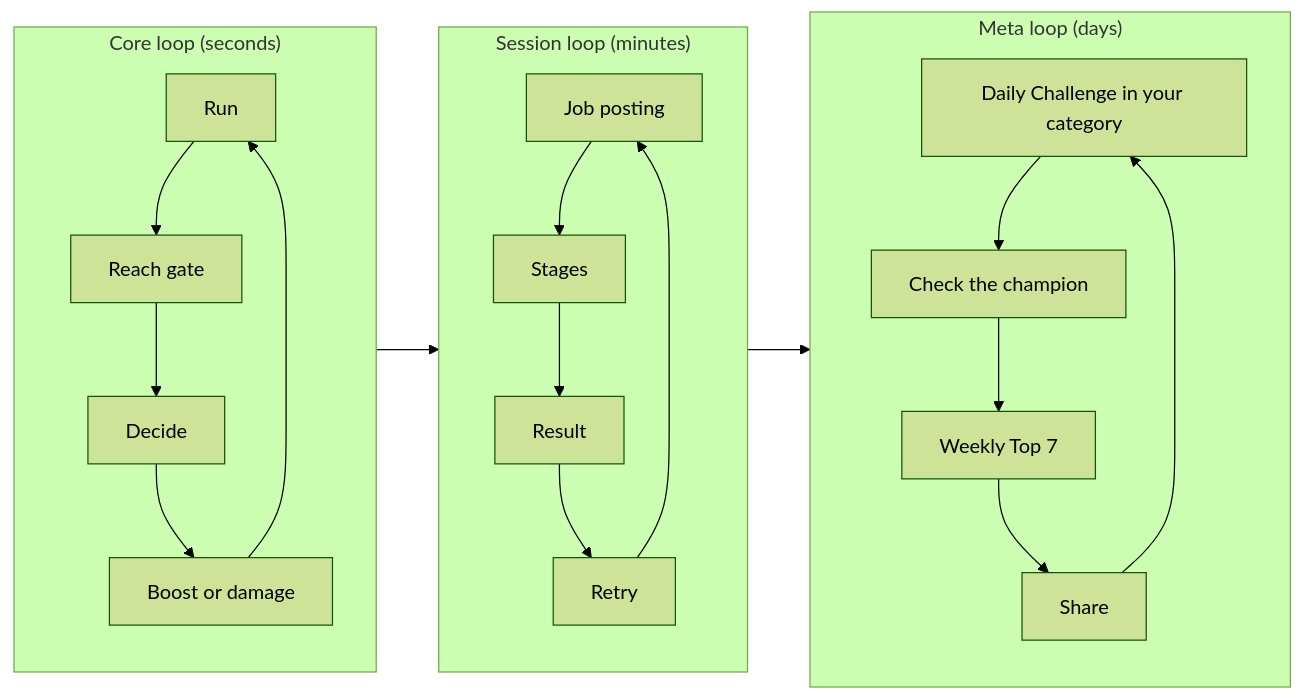
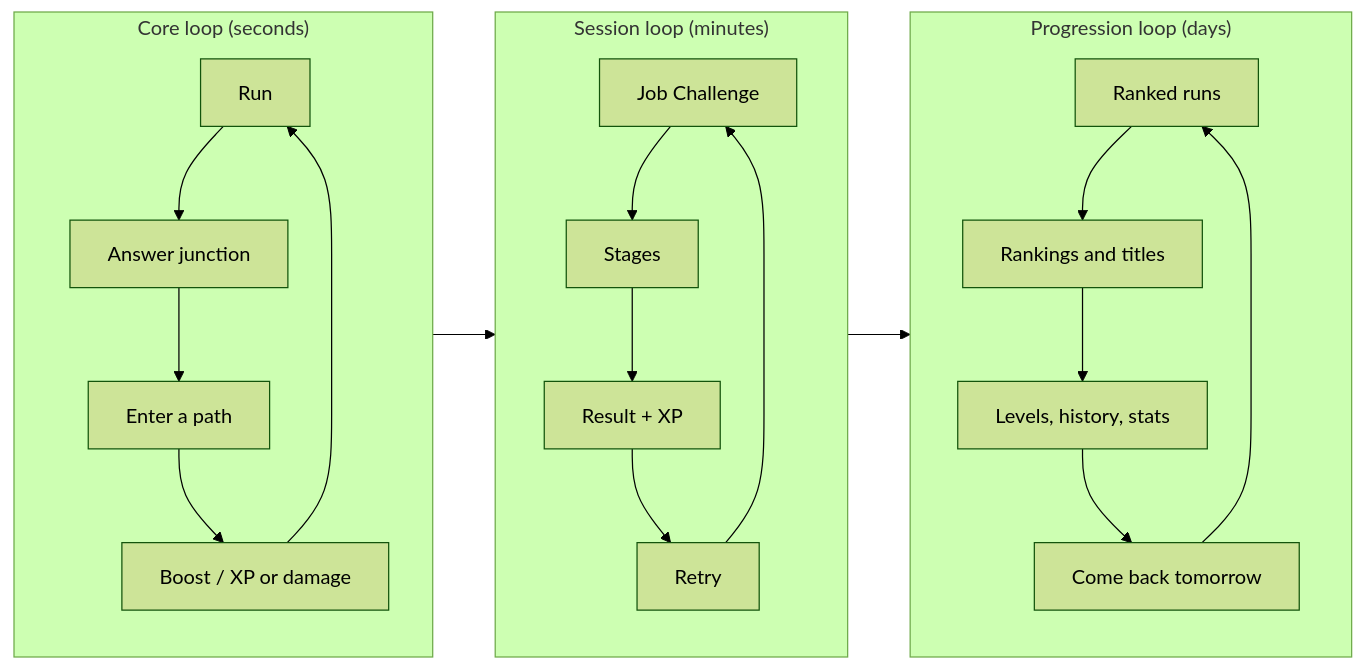
Before and after one commit to ricardoverita/cv-rush: the second of 2 diagrams in docs/product/player-journey.md, drawn with Mermaid (forest theme). The commit also changed other lines of this file and 39 other files, not shown here.

````diff
--- a/docs/product/player-journey.md
+++ b/docs/product/player-journey.md
@@ -121,13 +121,13 @@
 ```mermaid
 flowchart LR
   subgraph core["Core loop (seconds)"]
-    runC["Run"] --> gate["Reach gate"] --> decide["Decide"] --> feedback["Boost or damage"] --> runC
+    runC["Run"] --> junction["Answer junction"] --> enter["Enter a path"] --> feedback["Boost / XP or damage"] --> runC
   end
   subgraph session["Session loop (minutes)"]
-    jobS["Job posting"] --> stages["Stages"] --> result["Result"] --> retryS["Retry"] --> jobS
+    jobS["Job Challenge"] --> stages["Stages"] --> result["Result + XP"] --> retryS["Retry"] --> jobS
   end
-  subgraph meta["Meta loop (days)"]
-    daily["Daily Challenge in your category"] --> check["Check the champion"] --> weekly["Weekly Top 7"] --> shareM["Share"] --> daily
+  subgraph progressionLoop["Progression loop (days)"]
+    ranked["Ranked runs"] --> rankings["Rankings and titles"] --> levels["Levels, history, stats"] --> back["Come back tomorrow"] --> ranked
   end
-  core --> session --> meta
+  core --> session --> progressionLoop
 ```
````
